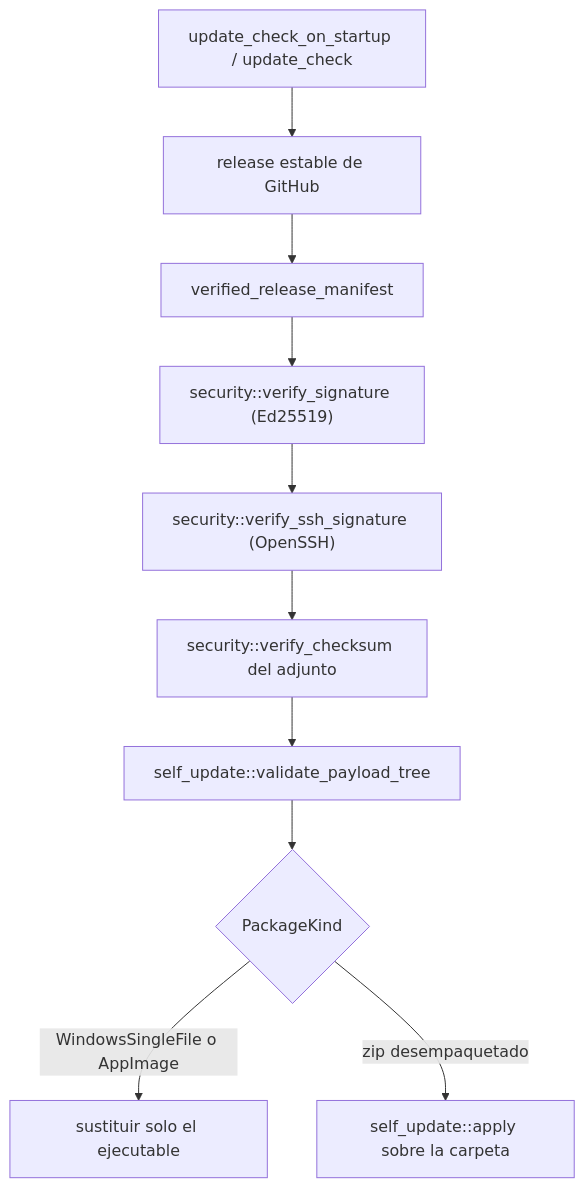
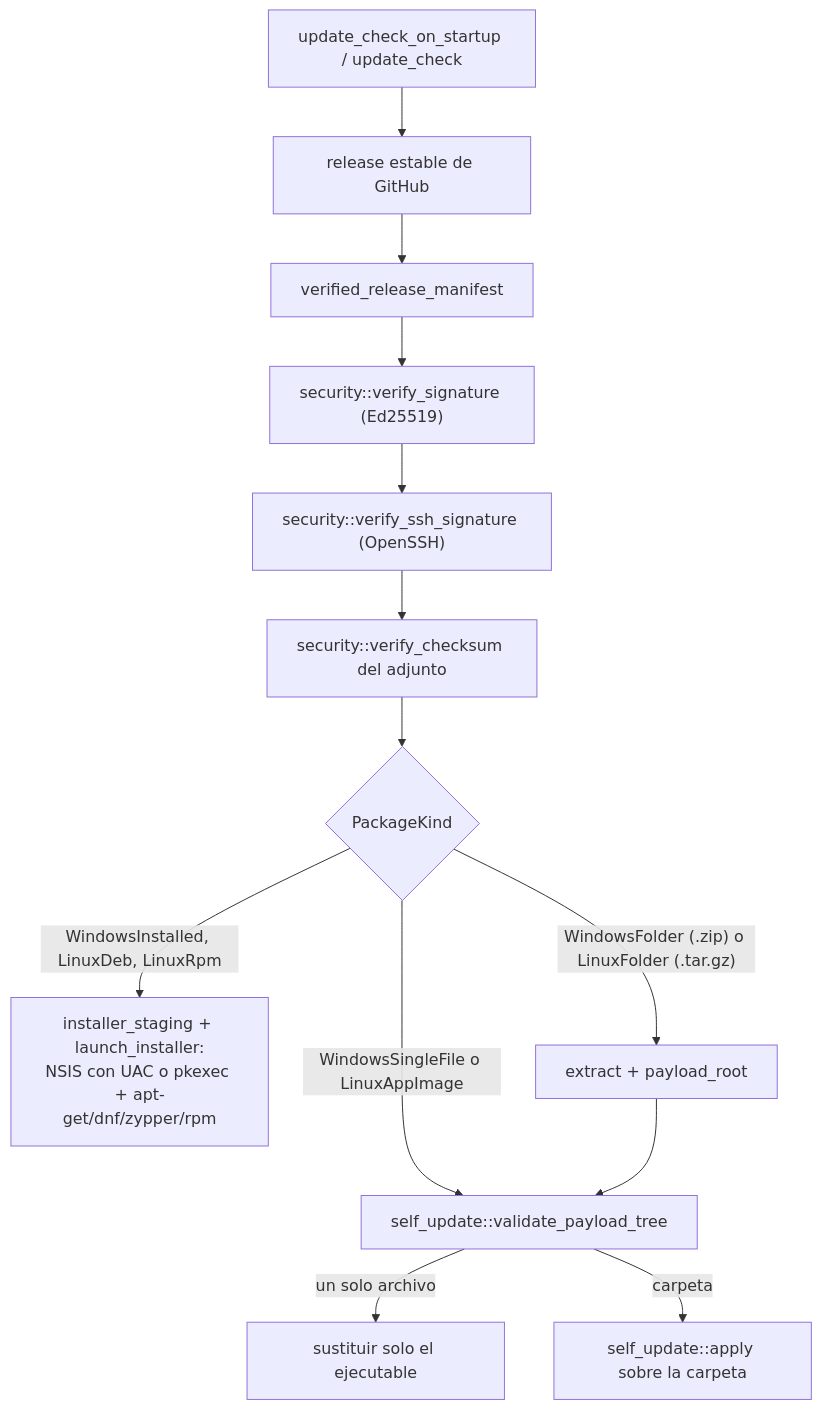
Diagram 11 of 19 in README.md (Darkeiser003/Terminal), drawn with Mermaid before and after one commit. The commit also changed other lines of this file and 106 other files, not shown here.

````diff
--- a/README.md
+++ b/README.md
@@ -1306,12 +1481,15 @@
 ```mermaid
 flowchart TD
   A["update_check_on_startup / update_check"] --> B["release estable de GitHub"]
   B --> C["verified_release_manifest"]
   C --> D["security::verify_signature (Ed25519)"]
   D --> E["security::verify_ssh_signature (OpenSSH)"]
   E --> F["security::verify_checksum del adjunto"]
-  F --> G["self_update::validate_payload_tree"]
-  G --> H{"PackageKind"}
-  H -->|"WindowsSingleFile o AppImage"| I["sustituir solo el ejecutable"]
-  H -->|"zip desempaquetado"| J["self_update::apply sobre la carpeta"]
+  F --> H{"PackageKind"}
+  H -->|"WindowsInstalled, LinuxDeb, LinuxRpm"| S["installer_staging + launch_installer:<br/>NSIS con UAC o pkexec + apt-get/dnf/zypper/rpm"]
+  H -->|"WindowsSingleFile o LinuxAppImage"| G["self_update::validate_payload_tree"]
+  H -->|"WindowsFolder (.zip) o LinuxFolder (.tar.gz)"| X["extract + payload_root"]
+  X --> G
+  G -->|"un solo archivo"| I["sustituir solo el ejecutable"]
+  G -->|"carpeta"| J["self_update::apply sobre la carpeta"]
 ```
````
